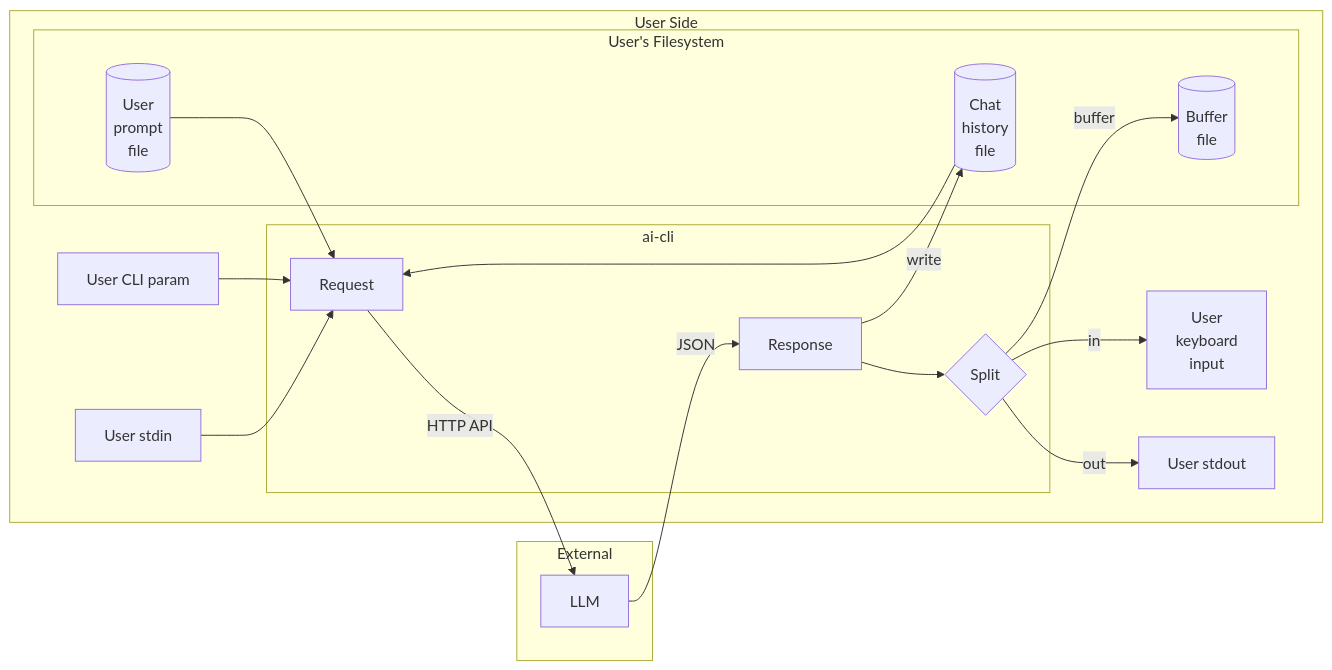
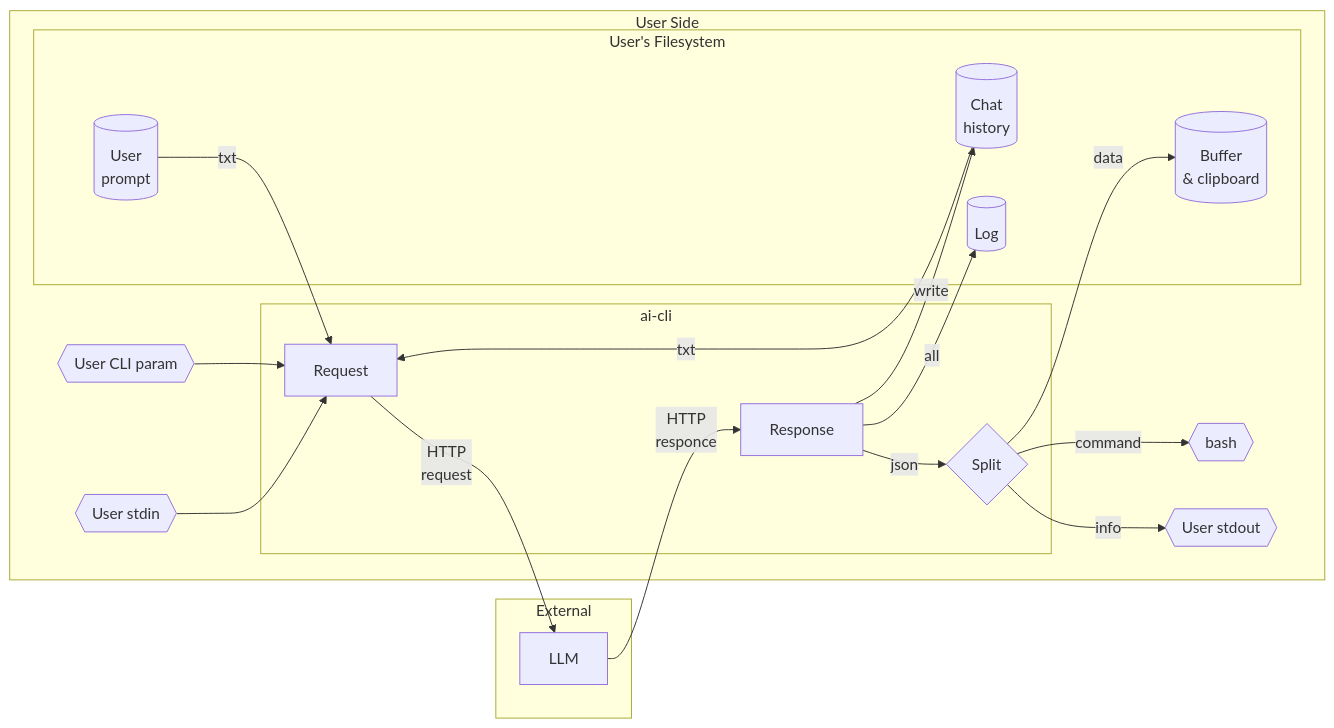
The diagram in README.md (johnthesmith/ai-cli), drawn with Mermaid before and after one commit.

````diff
--- a/README.md
+++ b/README.md
@@ -29,43 +29,42 @@
 ```mermaid
 flowchart LR
     subgraph UserSide["User Side"]
         subgraph FS["User's Filesystem"]
-            prompt[("User \n prompt \n file")]
-            history[("Chat \n history \n file")]
-            buffer_file[("Buffer \n file")]
+            prompt[("User \n prompt")]
+            history[("Chat \n history")]
+            buffer[("Buffer \n & clipboard")]
+            log[("Log")]
         end
         
-        stdin["User stdin"]
-        param["User CLI param"]
-        keyboard["User \n keyboard \n input"]
-        stdout["User stdout"]
+        stdin{{"User stdin"}}
+        param{{"User CLI param"}}
+        command{{"bash"}}
+        stdout{{"User stdout"}}
         
         subgraph AICLI["ai-cli"]
             req["Request"]
             resp["Response"]
             split{"Split"}
         end
     end
-    
+
     subgraph World["External"]
         llm["LLM"]
     end
-    
-    %% Input flow
-    history --> req
-    prompt --> req
+
+    prompt --> |txt| req
     stdin --> req
+    history --> |txt| req
     param --> req
     
-    req -->|HTTP API| llm
-    llm -->|JSON| resp
+    req -->|HTTP \n request| llm
+    llm --> |HTTP \n responce| resp
+       
+    split -->|info| stdout
+    split -->|command| command    
+    split -->|data| buffer     
     
-    %% Output flow
-    resp --> split
-    
-    split -->|out| stdout
-    split -->|in| keyboard   
-    split -->|buffer| buffer_file
-    
+    resp --> |json| split 
     resp -->|write| history
+    resp --> |all| log
 ```
````
